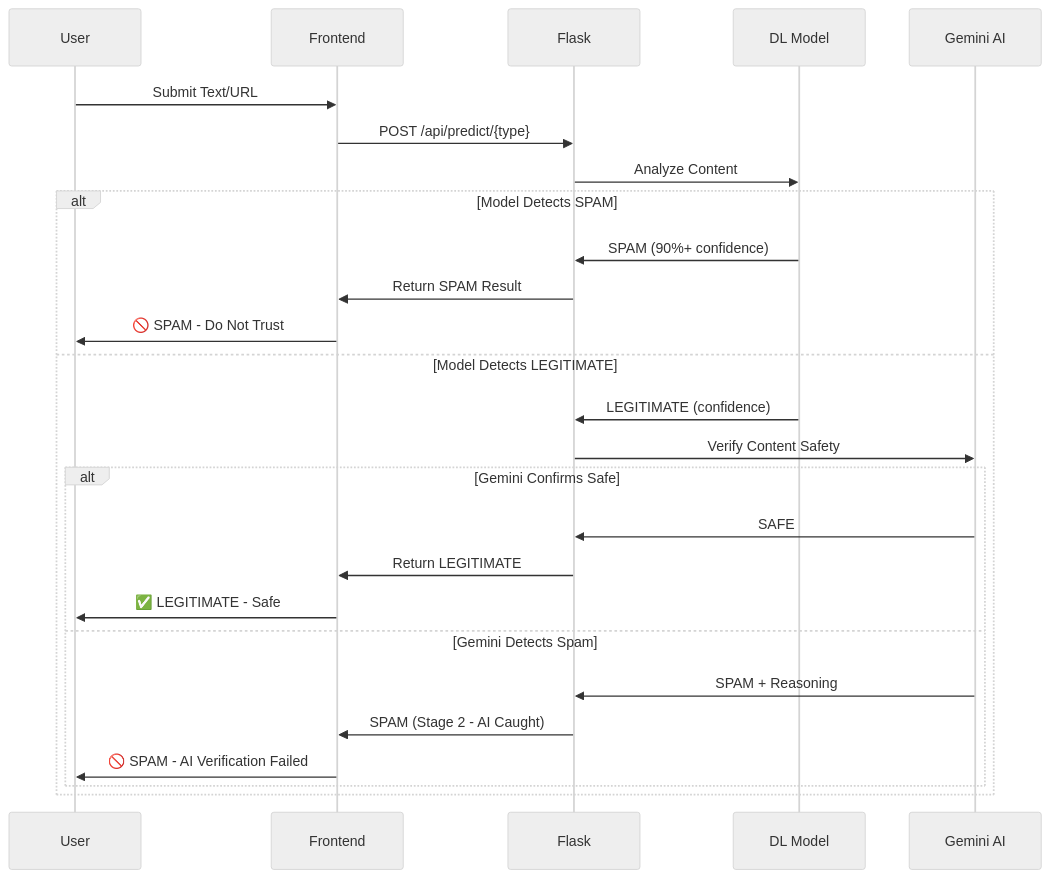
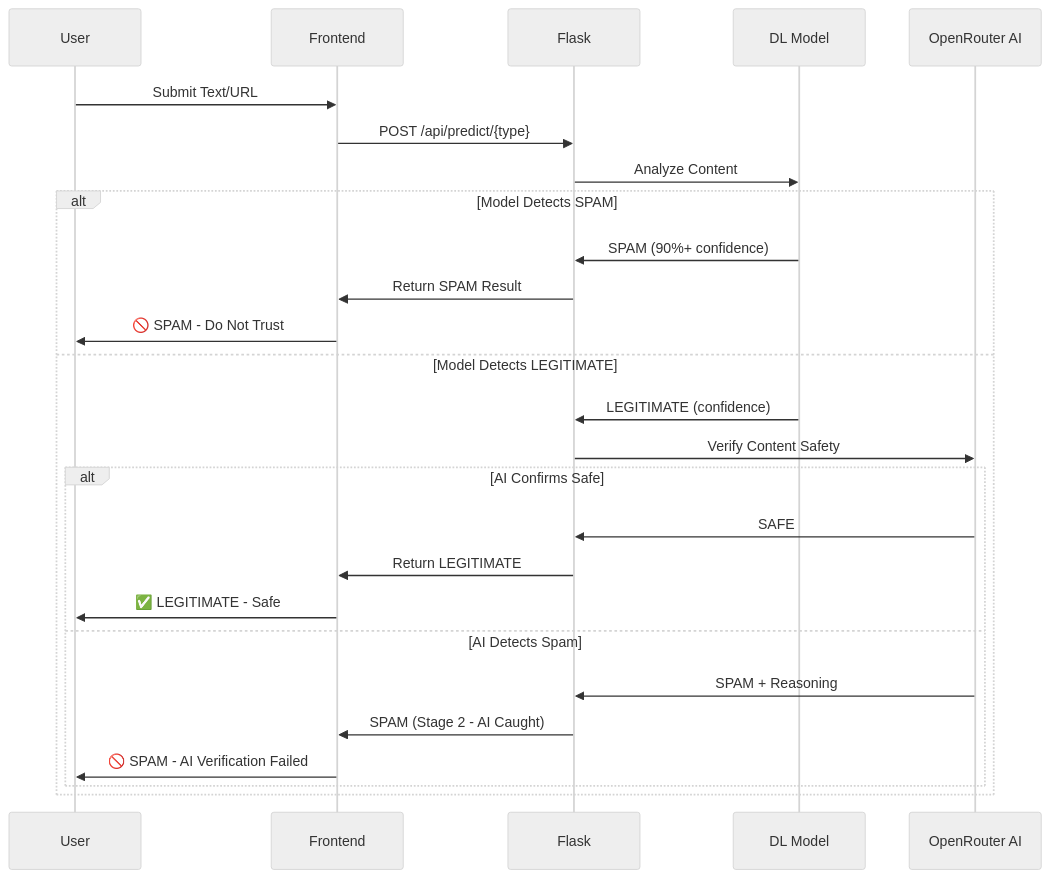
Before and after one commit to ubvc04/Spam-Detection: the second of 12 diagrams in README.md, drawn with Mermaid (neutral theme). The commit also changed other lines of this file and 25 other files, not shown here.

Commit message:
Update project: Add user authentication, history tracking, and OpenRouter verification

````diff
--- a/README.md
+++ b/README.md
@@ -122,31 +122,31 @@
 ```mermaid
 sequenceDiagram
     participant User
     participant Frontend
     participant Flask
     participant DL Model
-    participant Gemini AI
+    participant OpenRouter AI
     
     User->>Frontend: Submit Text/URL
     Frontend->>Flask: POST /api/predict/{type}
     Flask->>DL Model: Analyze Content
     
     alt Model Detects SPAM
         DL Model->>Flask: SPAM (90%+ confidence)
         Flask->>Frontend: Return SPAM Result
         Frontend->>User: 🚫 SPAM - Do Not Trust
     else Model Detects LEGITIMATE
         DL Model->>Flask: LEGITIMATE (confidence)
-        Flask->>Gemini AI: Verify Content Safety
+        Flask->>OpenRouter AI: Verify Content Safety
         
-        alt Gemini Confirms Safe
-            Gemini AI->>Flask: SAFE
+        alt AI Confirms Safe
+            OpenRouter AI->>Flask: SAFE
             Flask->>Frontend: Return LEGITIMATE
             Frontend->>User: ✅ LEGITIMATE - Safe
-        else Gemini Detects Spam
-            Gemini AI->>Flask: SPAM + Reasoning
+        else AI Detects Spam
+            OpenRouter AI->>Flask: SPAM + Reasoning
             Flask->>Frontend: SPAM (Stage 2 - AI Caught)
             Frontend->>User: 🚫 SPAM - AI Verification Failed
         end
     end
 ```
````
